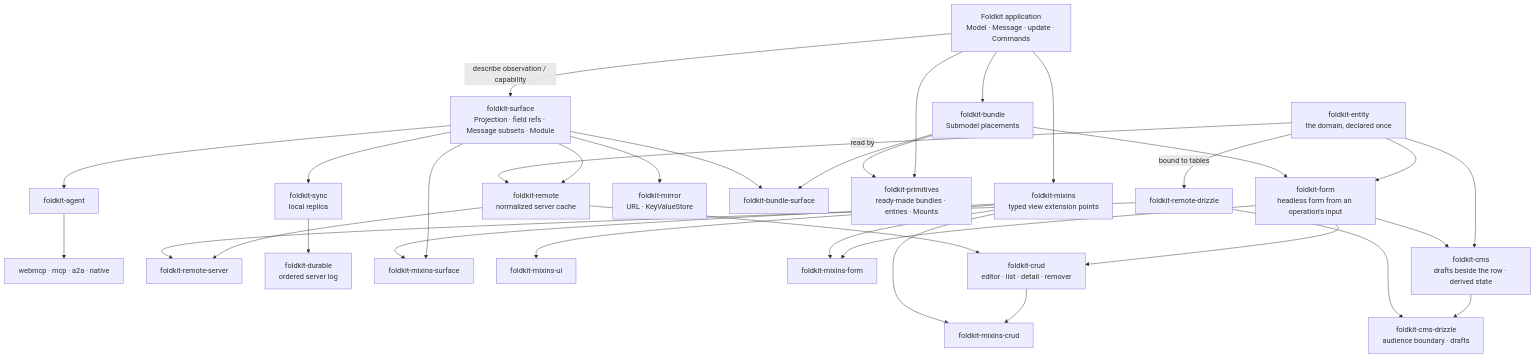
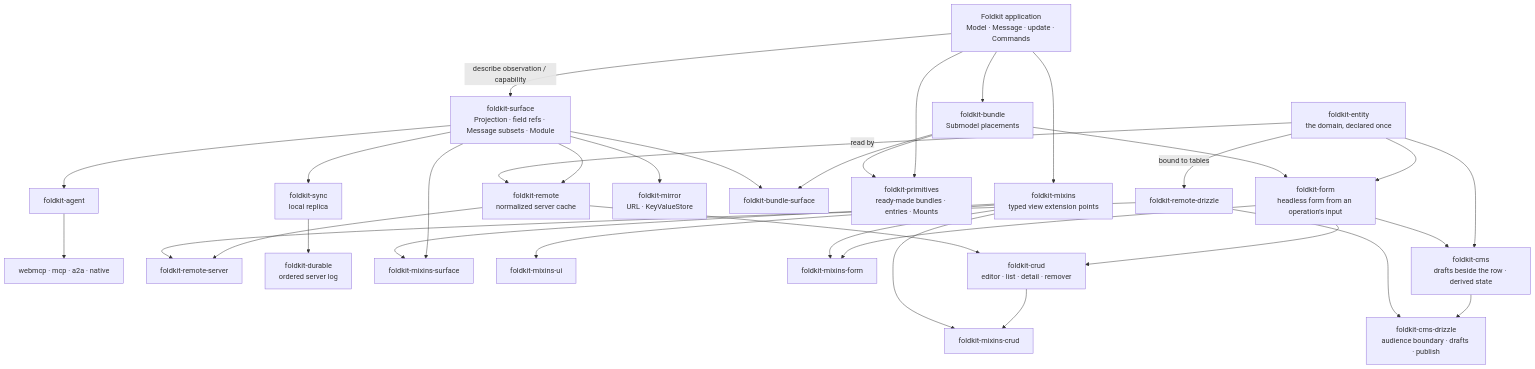
Before and after one commit to doeixd/foldkit-plus: the diagram in README.md, drawn with Mermaid. The commit also changed other lines of this file and 11 other files, not shown here.

````diff
--- a/README.md
+++ b/README.md
@@ -260,55 +260,55 @@
 ```mermaid
 flowchart TB
   app["Foldkit application<br/>Model · Message · update · Commands"]
   surface["foldkit-surface<br/>Projection · field refs · Message subsets · Module"]
   agent["foldkit-agent"]
   agentAdapters["webmcp · mcp · a2a · native"]
   remote["foldkit-remote<br/>normalized server cache"]
   server["foldkit-remote-server"]
   drizzle["foldkit-remote-drizzle"]
   sync["foldkit-sync<br/>local replica"]
   durable["foldkit-durable<br/>ordered server log"]
   mirror["foldkit-mirror<br/>URL · KeyValueStore"]
   bundle["foldkit-bundle<br/>Submodel placements"]
   bundleSurface["foldkit-bundle-surface"]
   primitives["foldkit-primitives<br/>ready-made bundles · entries · Mounts"]
   mixins["foldkit-mixins<br/>typed view extension points"]
   mixinsSurface["foldkit-mixins-surface"]
   mixinsUi["foldkit-mixins-ui"]
   entity["foldkit-entity<br/>the domain, declared once"]
   form["foldkit-form<br/>headless form from an operation's input"]
   mixinsForm["foldkit-mixins-form"]
   mixinsCrud["foldkit-mixins-crud"]
   cms["foldkit-cms<br/>drafts beside the row · derived state"]
-  cmsDrizzle["foldkit-cms-drizzle<br/>audience boundary · drafts"]
+  cmsDrizzle["foldkit-cms-drizzle<br/>audience boundary · drafts · publish"]
   crud["foldkit-crud<br/>editor · list · detail · remover"]
 
   app -- "describe observation / capability" --> surface
   app --> mixins
   app --> bundle --> bundleSurface
   app --> primitives
   bundle --> primitives
   surface --> bundleSurface
   surface --> agent --> agentAdapters
   surface --> remote --> server
   drizzle --> server
   surface --> sync --> durable
   surface --> mirror
   surface --> mixinsSurface
   mixins --> mixinsSurface
   mixins --> mixinsUi
   entity -- "read by" --> remote
   entity -- "bound to tables" --> drizzle
   entity --> form
   bundle --> form
   form --> mixinsForm
   mixins --> mixinsForm
   form --> crud
   crud --> mixinsCrud
   entity --> cms
   form --> cms
   cms --> cmsDrizzle
   drizzle --> cmsDrizzle
   mixins --> mixinsCrud
   remote --> crud
 ```
````
